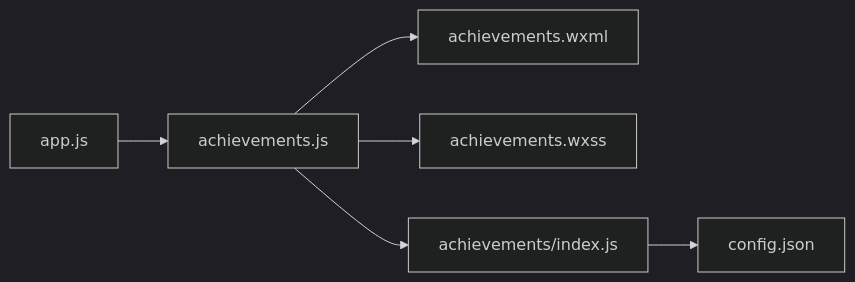
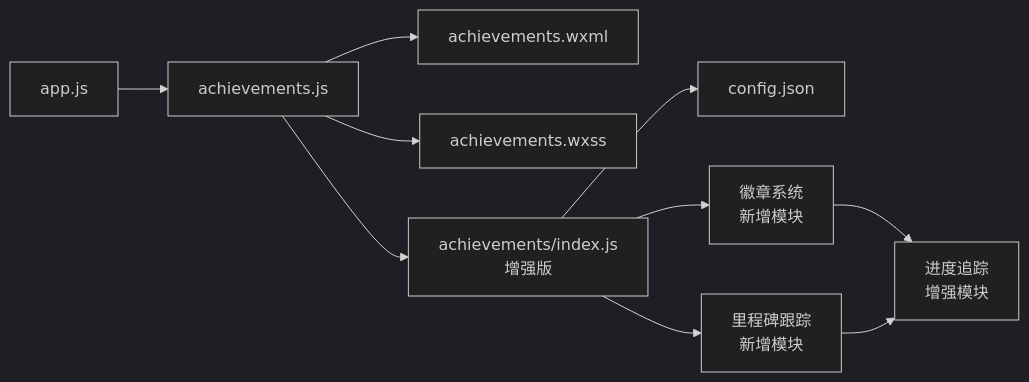
Before and after one commit to cwb7756/bio: the fifth of 5 diagrams in .qoder/repowiki/zh/content/核心功能模块/成就系统.md, drawn with Mermaid (dark theme). The commit also changed other lines of this file and 46 other files, not shown here.

````diff
--- a/.qoder/repowiki/zh/content/核心功能模块/成就系统.md
+++ b/.qoder/repowiki/zh/content/核心功能模块/成就系统.md
@@ -281,8 +307,12 @@
 ```mermaid
 graph LR
 App["app.js"] --> Page["achievements.js"]
 Page --> WXML["achievements.wxml"]
 Page --> WXSS["achievements.wxss"]
-Page --> Cloud["achievements/index.js"]
+Page --> Cloud["achievements/index.js<br/>增强版"]
 Cloud --> Cfg["config.json"]
+Cloud --> BadgeSys["徽章系统<br/>新增模块"]
+Cloud --> Milestone["里程碑跟踪<br/>新增模块"]
+BadgeSys --> Progress["进度追踪<br/>增强模块"]
+Milestone --> Progress
 ```
````
